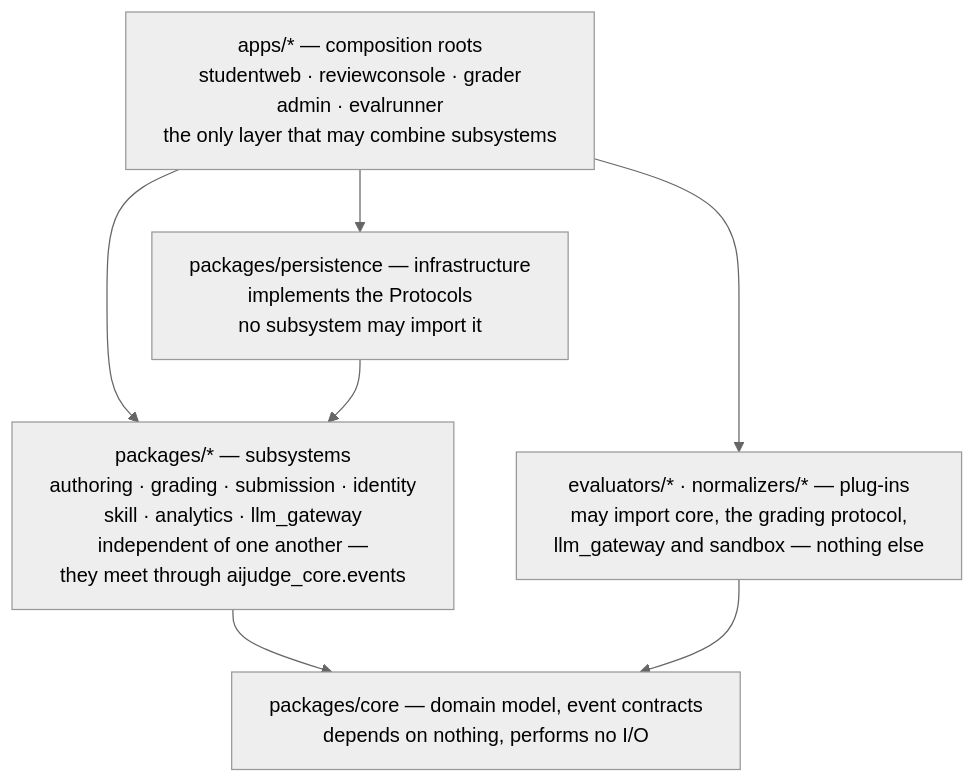
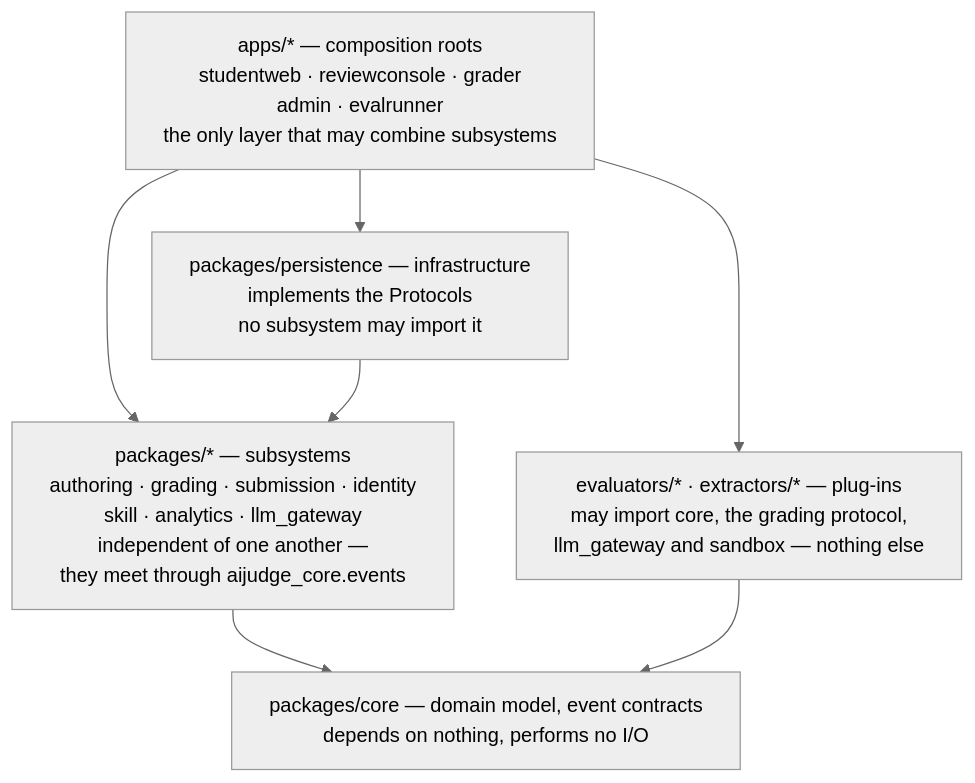
One commit to sanoakr/aijudge changed the third of 4 diagrams in README.md. Above: the diagram before and after it, drawn with Mermaid (neutral theme). The commit also changed other lines of this file and 44 other files, not shown here.

````diff
--- a/README.md
+++ b/README.md
@@ -394,16 +394,16 @@
 ```mermaid
 %%{init: {"flowchart": {"wrappingWidth": 460}} }%%
 flowchart TB
     APPS["apps/* — composition roots<br/>studentweb · reviewconsole · grader<br/>admin · evalrunner<br/>the only layer that may combine subsystems"]
     INFRA["packages/persistence — infrastructure<br/>implements the Protocols<br/>no subsystem may import it"]
-    PLUG["evaluators/* · normalizers/* — plug-ins<br/>may import core, the grading protocol,<br/>llm_gateway and sandbox — nothing else"]
+    PLUG["evaluators/* · extractors/* — plug-ins<br/>may import core, the grading protocol,<br/>llm_gateway and sandbox — nothing else"]
     SUBS["packages/* — subsystems<br/>authoring · grading · submission · identity<br/>skill · analytics · llm_gateway<br/>independent of one another —<br/>they meet through aijudge_core.events"]
     CORE["packages/core — domain model, event contracts<br/>depends on nothing, performs no I/O"]
 
     APPS --> SUBS
     APPS --> INFRA
     APPS --> PLUG
     SUBS --> CORE
     PLUG --> CORE
     INFRA --> SUBS
 ```
````
